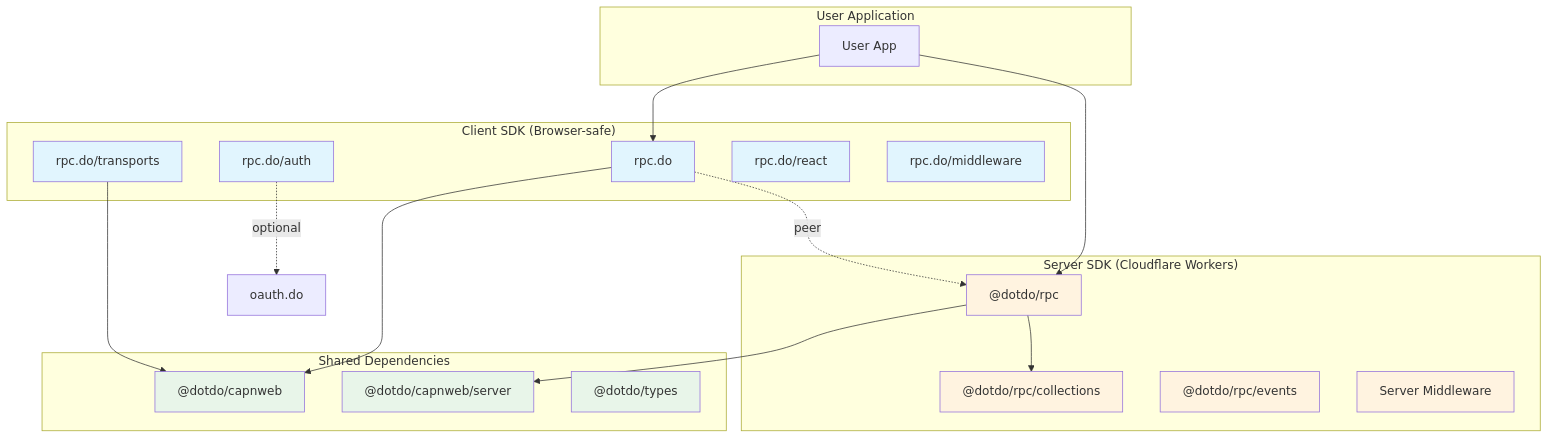
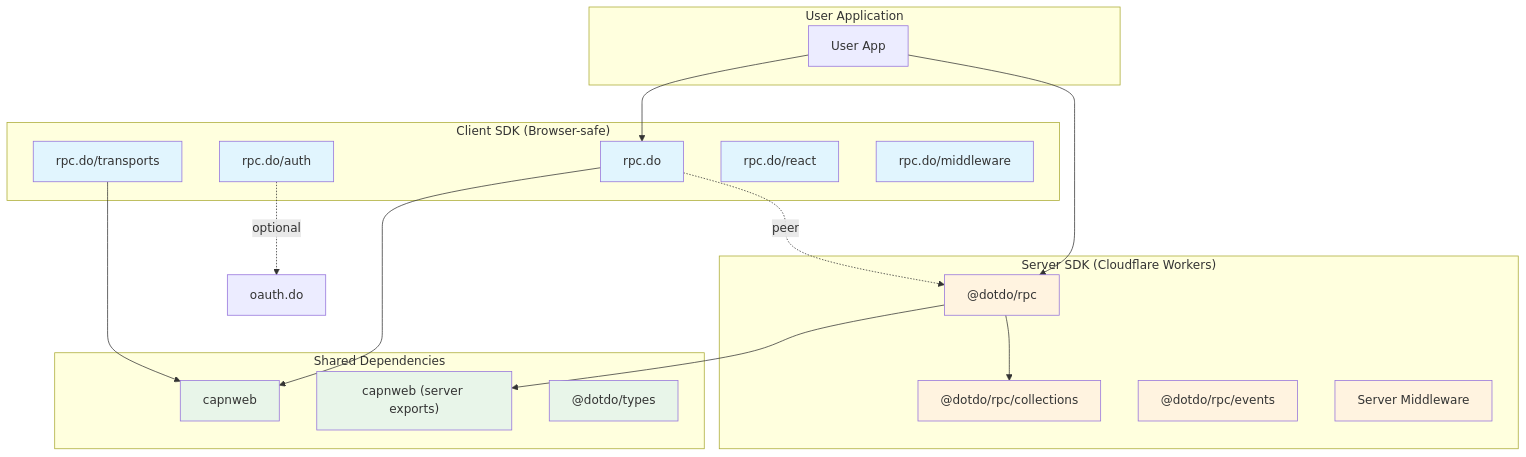
Before and after one commit to dot-do/rpc.do: the diagram in PACKAGE_BOUNDARY.md, drawn with Mermaid. The commit also changed other lines of this file and 35 other files, not shown here.

````diff
--- a/PACKAGE_BOUNDARY.md
+++ b/PACKAGE_BOUNDARY.md
@@ -7,47 +7,47 @@
 ```mermaid
 graph TB
     subgraph "User Application"
         App[User App]
     end
 
     subgraph "Client SDK (Browser-safe)"
         rpcdo["rpc.do"]
         transports["rpc.do/transports"]
         auth["rpc.do/auth"]
         react["rpc.do/react"]
         middleware_client["rpc.do/middleware"]
     end
 
     subgraph "Server SDK (Cloudflare Workers)"
         dotdo_rpc["@dotdo/rpc"]
         collections["@dotdo/rpc/collections"]
         events["@dotdo/rpc/events"]
         middleware_server["Server Middleware"]
     end
 
     subgraph "Shared Dependencies"
-        capnweb["@dotdo/capnweb"]
-        capnweb_server["@dotdo/capnweb/server"]
+        capnweb["capnweb"]
+        capnweb_server["capnweb (server exports)"]
         types["@dotdo/types"]
     end
 
     App --> rpcdo
     App --> dotdo_rpc
 
     rpcdo --> capnweb
     rpcdo -.->|peer| dotdo_rpc
 
     dotdo_rpc --> capnweb_server
     dotdo_rpc --> collections
 
     transports --> capnweb
     auth -.->|optional| oauth.do
 
     classDef client fill:#e1f5fe
     classDef server fill:#fff3e0
     classDef shared fill:#e8f5e9
 
     class rpcdo,transports,auth,react,middleware_client client
     class dotdo_rpc,collections,events,middleware_server server
     class capnweb,capnweb_server,types shared
 ```
````
